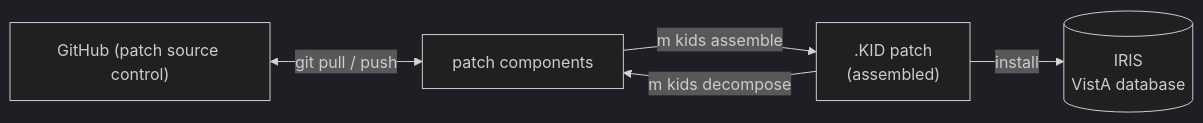
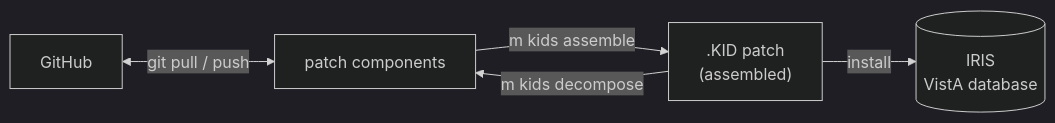
Before and after one commit to vista-cloud-dev/.github: the second of 7 diagrams in profile/README.md, drawn with Mermaid (dark theme). The commit also changed other lines of this file, not shown here.

Commit message:
docs: simplify both version-control GitHub nodes to just 'GitHub'

````diff
--- a/profile/README.md
+++ b/profile/README.md
@@ -112,12 +112,12 @@
 ```mermaid
 flowchart LR
-    gh["GitHub (patch source control)"]
+    gh["GitHub"]
     comps["patch components"]
     kid[".KID patch<br/>(assembled)"]
     iris[("IRIS<br/>VistA database")]
 
     gh <-->|git pull / push| comps
     kid -->|m kids decompose| comps
     comps -->|m kids assemble| kid
     kid -->|install| iris
 ```
````
